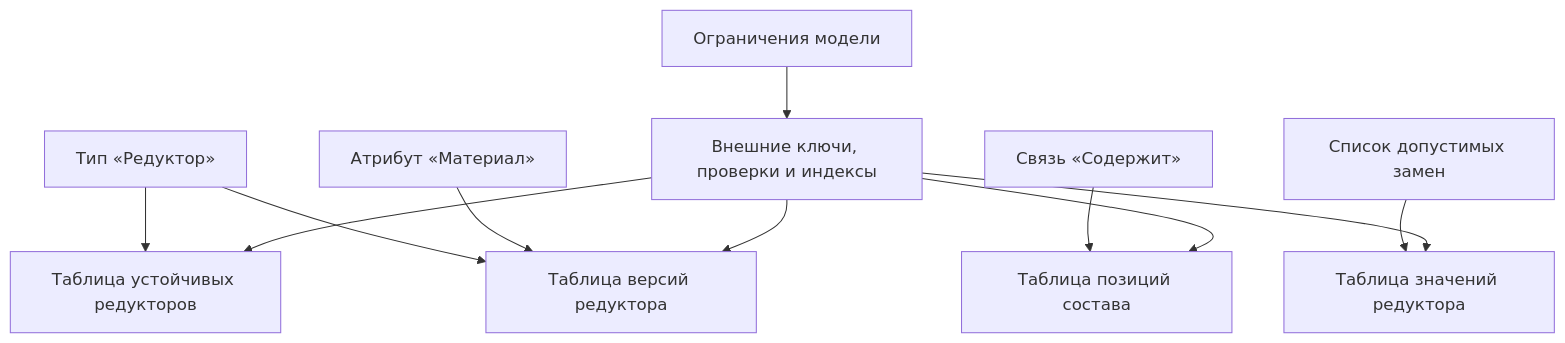
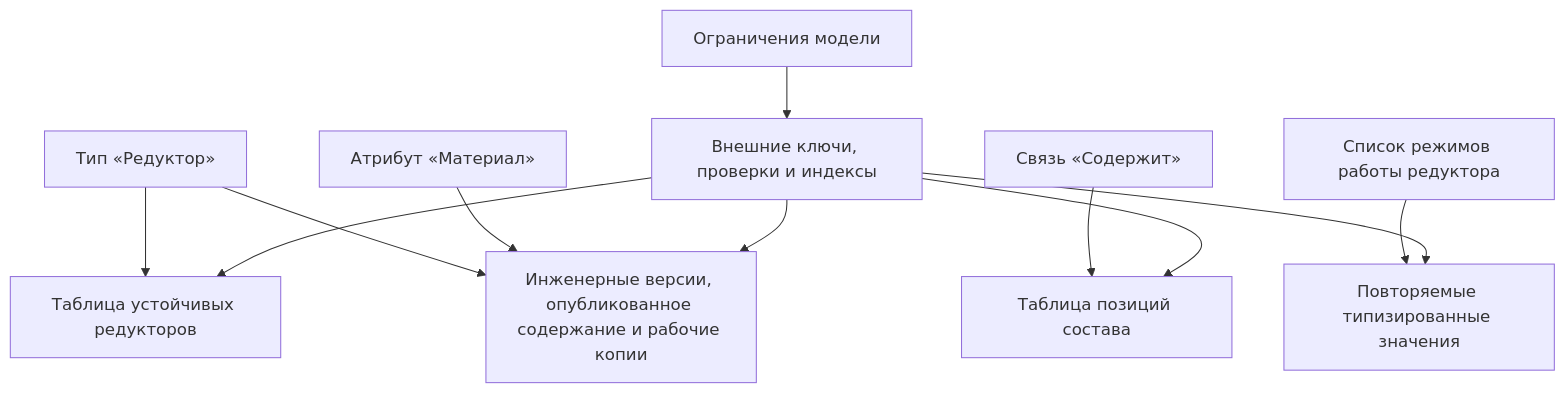
One commit to ZelAnton/Interlink-product-book changed the first of 2 diagrams in docs/data-structure/04-physical-database-materialization.md. Above: the diagram before and after it, drawn with Mermaid. The commit also changed other lines of this file and 231 other files, not shown here.

````diff
--- a/docs/data-structure/04-physical-database-materialization.md
+++ b/docs/data-structure/04-physical-database-materialization.md
@@ -18,13 +20,13 @@
 ```mermaid
 flowchart TD
     A["Тип «Редуктор»"] --> B["Таблица устойчивых редукторов"]
-    A --> C["Таблица версий редуктора"]
+    A --> C["Инженерные версии, опубликованное содержание и рабочие копии"]
     D["Связь «Содержит»"] --> E["Таблица позиций состава"]
     F["Атрибут «Материал»"] --> C
-    G["Список допустимых замен"] --> H["Таблица значений редуктора"]
+    G["Список режимов работы редуктора"] --> H["Повторяемые типизированные значения"]
     I["Ограничения модели"] --> J["Внешние ключи, проверки и индексы"]
     J --> B
     J --> C
     J --> E
     J --> H
 ```
````
